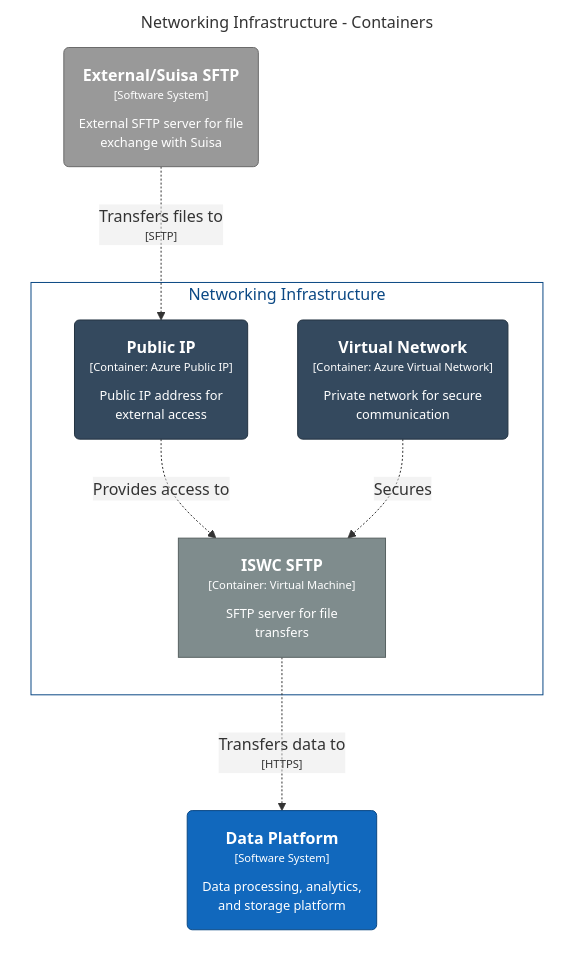
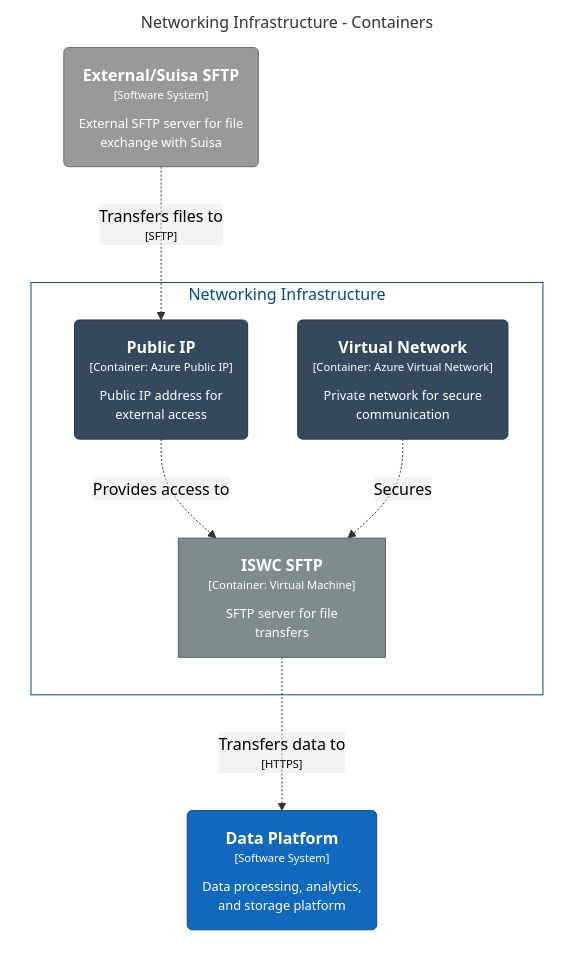
Before and after one commit to elbabass/audit_cisac: the diagram in docs/work_in_progress/infra/overview/structurizr-NetworkingContainers.mmd, drawn with Mermaid. The commit also changed 6 other files, not shown here.

First line of the commit message:
doc: Archive current Structurizr diagrams before rebuild

```diff
--- a/docs/work_in_progress/infra/overview/structurizr-NetworkingContainers.mmd
+++ b/docs/work_in_progress/infra/overview/structurizr-NetworkingContainers.mmd
@@ -1,27 +1,27 @@
 graph LR
-  linkStyle default fill:#ffffff
+  linkStyle default fill:#ffffff, color:#000000
 
   subgraph diagram ["Networking Infrastructure - Containers"]
     style diagram fill:#ffffff,stroke:#ffffff
 
     3("<div style='font-weight: bold'>External/Suisa SFTP</div><div style='font-size: 70%; margin-top: 0px'>[Software System]</div><div style='font-size: 80%; margin-top:10px'>External SFTP server for file<br />exchange with Suisa</div>")
     style 3 fill:#999999,stroke:#6b6b6b,color:#ffffff
     17("<div style='font-weight: bold'>Data Platform</div><div style='font-size: 70%; margin-top: 0px'>[Software System]</div><div style='font-size: 80%; margin-top:10px'>Data processing, analytics,<br />and storage platform</div>")
     style 17 fill:#1168bd,stroke:#0b4884,color:#ffffff
 
     subgraph 27 ["Networking Infrastructure"]
       style 27 fill:#ffffff,stroke:#0b4884,color:#0b4884
 
       28("<div style='font-weight: bold'>Virtual Network</div><div style='font-size: 70%; margin-top: 0px'>[Container: Azure Virtual Network]</div><div style='font-size: 80%; margin-top:10px'>Private network for secure<br />communication</div>")
       style 28 fill:#34495e,stroke:#243341,color:#ffffff
       29("<div style='font-weight: bold'>Public IP</div><div style='font-size: 70%; margin-top: 0px'>[Container: Azure Public IP]</div><div style='font-size: 80%; margin-top:10px'>Public IP address for<br />external access</div>")
       style 29 fill:#34495e,stroke:#243341,color:#ffffff
       30["<div style='font-weight: bold'>ISWC SFTP</div><div style='font-size: 70%; margin-top: 0px'>[Container: Virtual Machine]</div><div style='font-size: 80%; margin-top:10px'>SFTP server for file<br />transfers</div>"]
       style 30 fill:#7f8c8d,stroke:#586262,color:#ffffff
     end
 
     3-. "<div>Transfers files to</div><div style='font-size: 70%'>[SFTP]</div>" .->29
     29-. "<div>Provides access to</div><div style='font-size: 70%'></div>" .->30
     28-. "<div>Secures</div><div style='font-size: 70%'></div>" .->30
     30-. "<div>Transfers data to</div><div style='font-size: 70%'>[HTTPS]</div>" .->17
   end
```
